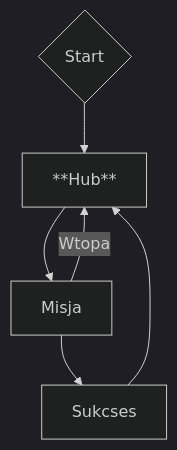
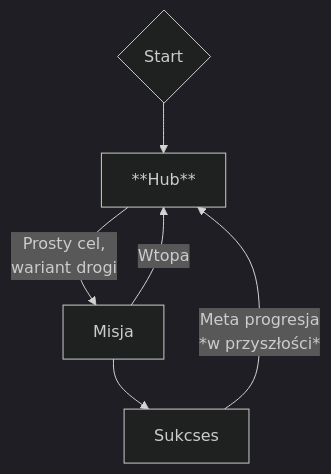
The diagram in docs/design-notes.md (W00jo/sandomiria-demonicum), drawn with Mermaid (dark theme) before and after one commit. The commit also changed other lines of this file and 11 other files, not shown here.

````diff
--- a/docs/design-notes.md
+++ b/docs/design-notes.md
@@ -50,8 +52,10 @@
 ```mermaid
 graph TD
 	A{Start} --> B
-	B[**Hub**] --> C[Misja]
-	C -->|Wtopa| B
+	B[**Hub**] --> |Prosty cel,
+	wariant drogi| C[Misja]
+	C --> |Wtopa| B
 	C --> D[Sukcses]
-	D --> B
+	D --> |Meta progresja
+	*w przyszłości*| B
 ```
````
